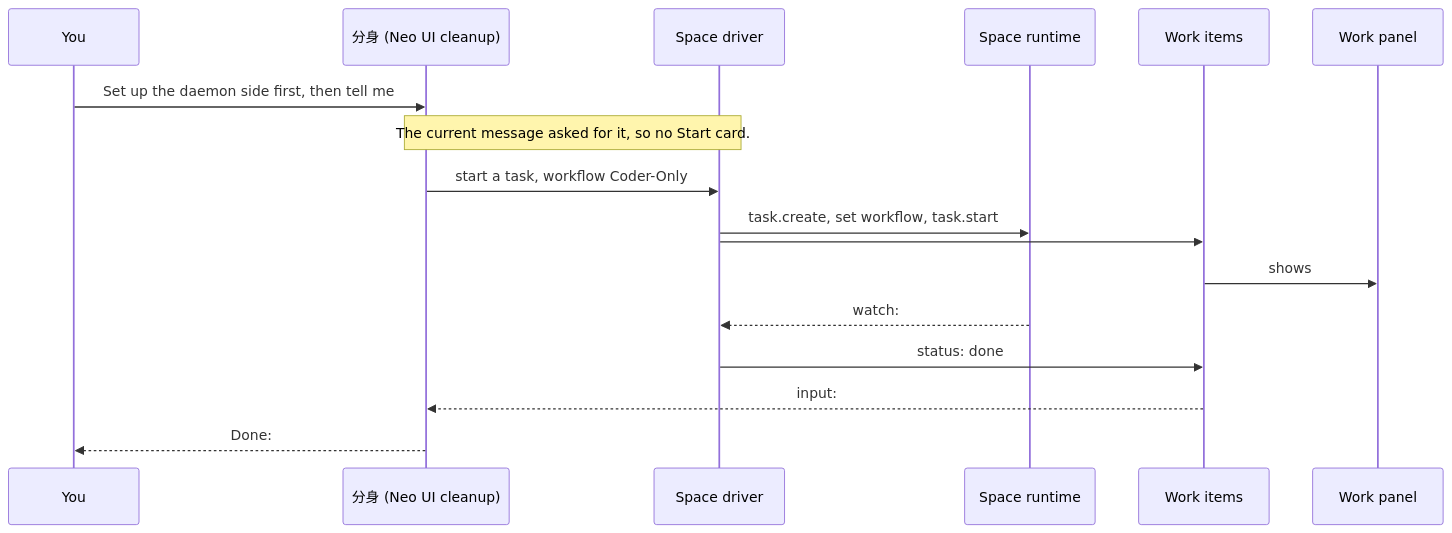
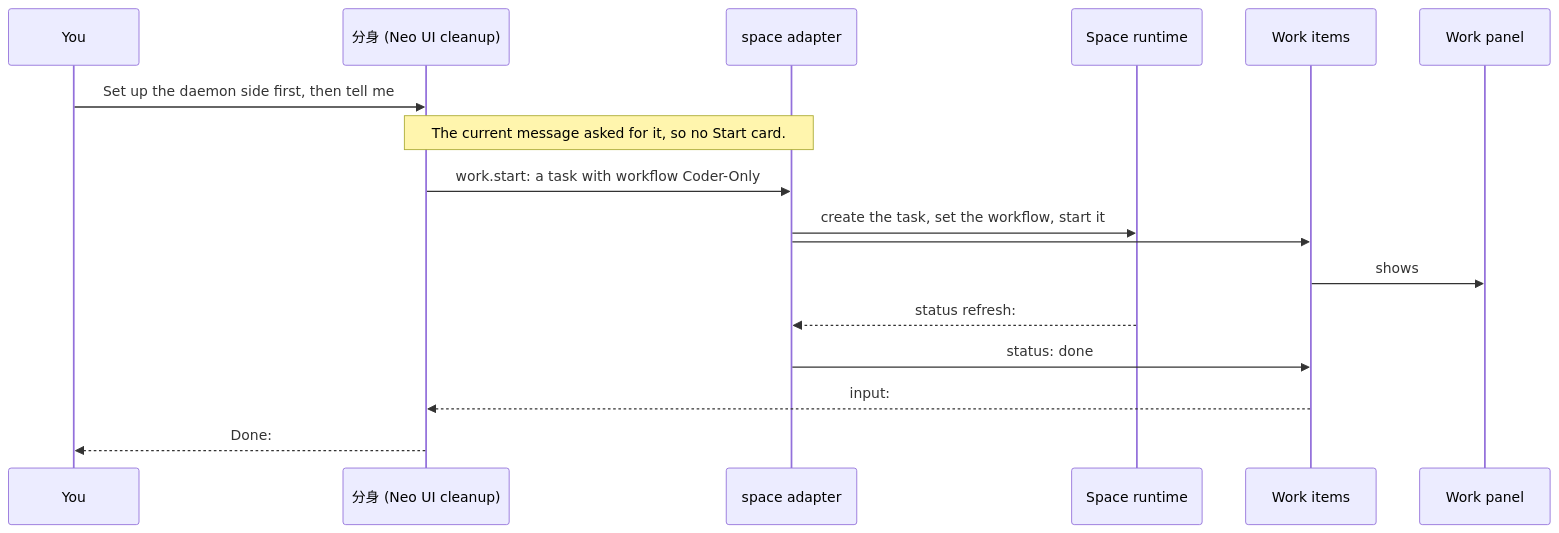
Before and after one commit to lsm/HyperNeo: the seventh of 11 diagrams in docs/architecture/neo-driver-model.md, drawn with Mermaid. The commit also changed other lines of this file, not shown here.

First line of the commit message:
docs: revise the Neo driver model around swappable adapters

````diff
--- a/docs/architecture/neo-driver-model.md
+++ b/docs/architecture/neo-driver-model.md
@@ -276,19 +343,19 @@
 ```mermaid
 sequenceDiagram
   participant You
   participant H as 分身 (Neo UI cleanup)
-  participant D as Space driver
+  participant D as space adapter
   participant S as Space runtime
   participant W as Work items
   participant P as Work panel
   You->>H: Set up the daemon side first, then tell me
   Note over H,D: The current message asked for it, so no Start card.
-  H->>D: start a task, workflow Coder-Only
-  D->>S: task.create, set workflow, task.start
+  H->>D: work.start: a task with workflow Coder-Only
+  D->>S: create the task, set the workflow, start it
   D->>W: #2008 under this topic: running
   W->>P: shows #2008 live
-  S-->>D: watch: #2008 done, PR opened
+  S-->>D: status refresh: #2008 done, PR opened
   D->>W: status: done
   W-->>H: input: #2008 done
   H-->>You: Done: #2008 is ready, here is its PR
 ```
````
